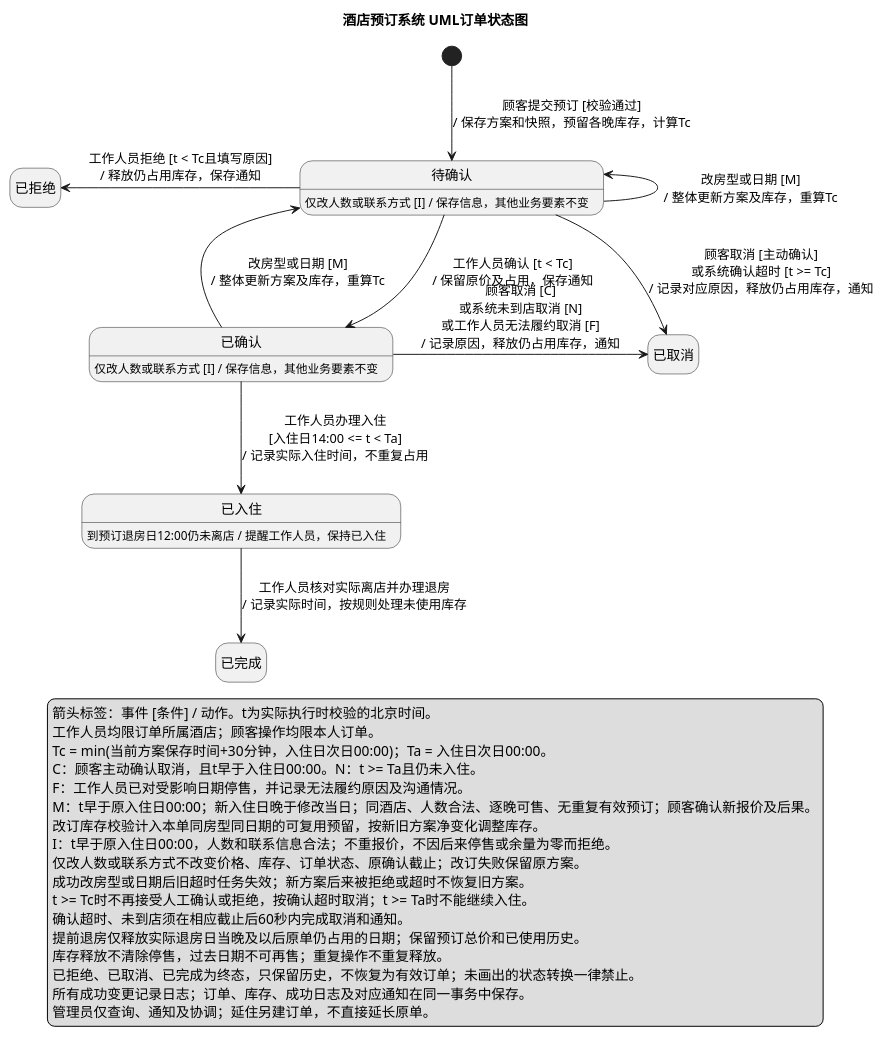
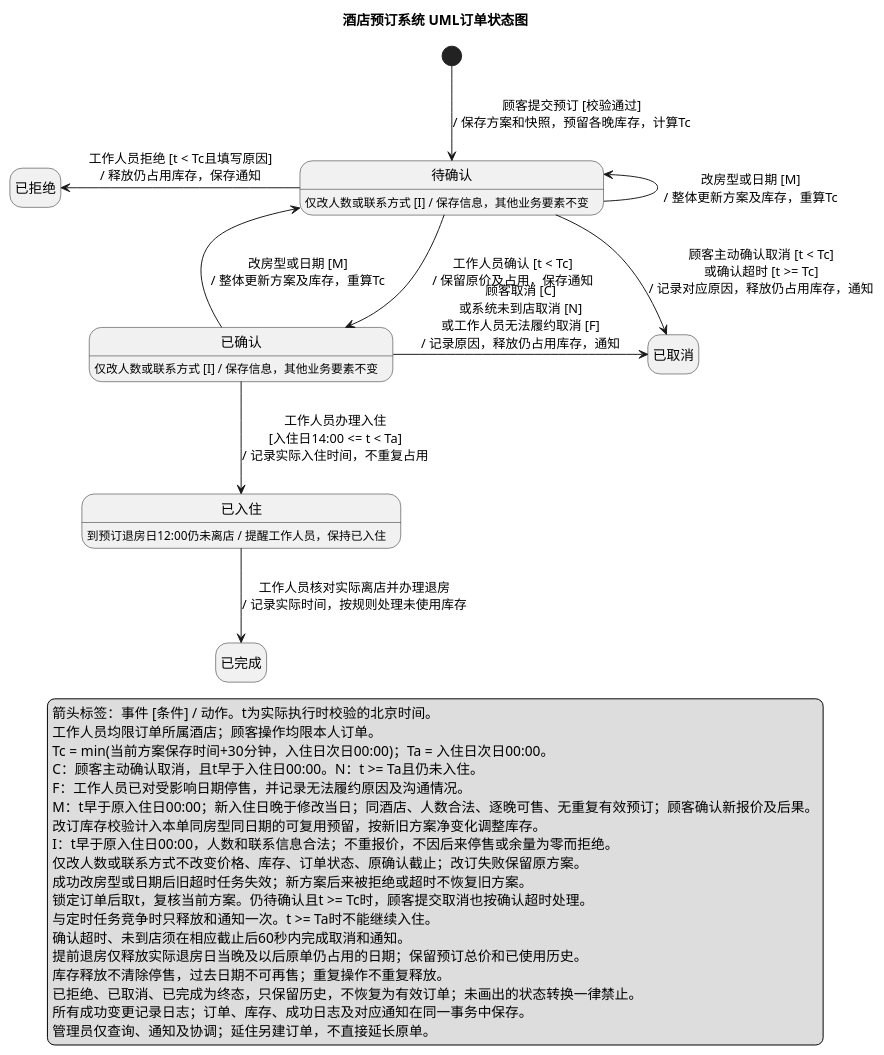
One commit to guyuezheng18-cell/-hotel-booking-labs changed the diagram in 实验二/UML/UML订单状态图.puml. Above: the diagram before and after it, drawn with PlantUML. The commit also changed 30 other files, not shown here.

Commit message:
按学生采纳的四项审阅意见修订需求、UML 与界面

```diff
--- a/实验二/UML/UML订单状态图.puml
+++ b/实验二/UML/UML订单状态图.puml
@@ -1,53 +1,54 @@
 @startuml
 title 酒店预订系统 UML订单状态图
 top to bottom direction
 hide empty description
 skinparam shadowing false
 skinparam defaultFontName Microsoft YaHei
 skinparam nodesep 55
 skinparam ranksep 60
 
 state "待确认" as Pending
 state "已确认" as Confirmed
 state "已入住" as CheckedIn
 state "已完成" as Completed
 state "已拒绝" as Rejected
 state "已取消" as Cancelled
 
 [*] --> Pending : 顾客提交预订 [校验通过]\n/ 保存方案和快照，预留各晚库存，计算Tc
 
 Pending -down-> Confirmed : 工作人员确认 [t < Tc]\n/ 保留原价及占用，保存通知
 Pending -left-> Rejected : 工作人员拒绝 [t < Tc且填写原因]\n/ 释放仍占用库存，保存通知
-Pending -right-> Cancelled : 顾客取消 [主动确认]\n或系统确认超时 [t >= Tc]\n/ 记录对应原因，释放仍占用库存，通知
+Pending -right-> Cancelled : 顾客主动确认取消 [t < Tc]\n或确认超时 [t >= Tc]\n/ 记录对应原因，释放仍占用库存，通知
 
 Confirmed -down-> CheckedIn : 工作人员办理入住\n[入住日14:00 <= t < Ta]\n/ 记录实际入住时间，不重复占用
 Confirmed -right-> Cancelled : 顾客取消 [C]\n或系统未到店取消 [N]\n或工作人员无法履约取消 [F]\n/ 记录原因，释放仍占用库存，通知
 CheckedIn -down-> Completed : 工作人员核对实际离店并办理退房\n/ 记录实际时间，按规则处理未使用库存
 
 Pending -left-> Pending : 改房型或日期 [M]\n/ 整体更新方案及库存，重算Tc
 Confirmed -left-> Pending : 改房型或日期 [M]\n/ 整体更新方案及库存，重算Tc
 
 Pending : 仅改人数或联系方式 [I] / 保存信息，其他业务要素不变
 Confirmed : 仅改人数或联系方式 [I] / 保存信息，其他业务要素不变
 CheckedIn : 到预订退房日12:00仍未离店 / 提醒工作人员，保持已入住
 
 legend bottom
   箭头标签：事件 [条件] / 动作。t为实际执行时校验的北京时间。
   工作人员均限订单所属酒店；顾客操作均限本人订单。
   Tc = min(当前方案保存时间+30分钟，入住日次日00:00)；Ta = 入住日次日00:00。
   C：顾客主动确认取消，且t早于入住日00:00。N：t >= Ta且仍未入住。
   F：工作人员已对受影响日期停售，并记录无法履约原因及沟通情况。
   M：t早于原入住日00:00；新入住日晚于修改当日；同酒店、人数合法、逐晚可售、无重复有效预订；顾客确认新报价及后果。
   改订库存校验计入本单同房型同日期的可复用预留，按新旧方案净变化调整库存。
   I：t早于原入住日00:00，人数和联系信息合法；不重报价，不因后来停售或余量为零而拒绝。
   仅改人数或联系方式不改变价格、库存、订单状态、原确认截止；改订失败保留原方案。
   成功改房型或日期后旧超时任务失效；新方案后来被拒绝或超时不恢复旧方案。
-  t >= Tc时不再接受人工确认或拒绝，按确认超时取消；t >= Ta时不能继续入住。
+  锁定订单后取t，复核当前方案。仍待确认且t >= Tc时，顾客提交取消也按确认超时处理。
+  与定时任务竞争时只释放和通知一次。t >= Ta时不能继续入住。
   确认超时、未到店须在相应截止后60秒内完成取消和通知。
   提前退房仅释放实际退房日当晚及以后原单仍占用的日期；保留预订总价和已使用历史。
   库存释放不清除停售，过去日期不可再售；重复操作不重复释放。
   已拒绝、已取消、已完成为终态，只保留历史，不恢复为有效订单；未画出的状态转换一律禁止。
   所有成功变更记录日志；订单、库存、成功日志及对应通知在同一事务中保存。
   管理员仅查询、通知及协调；延住另建订单，不直接延长原单。
 endlegend
 @enduml
```
